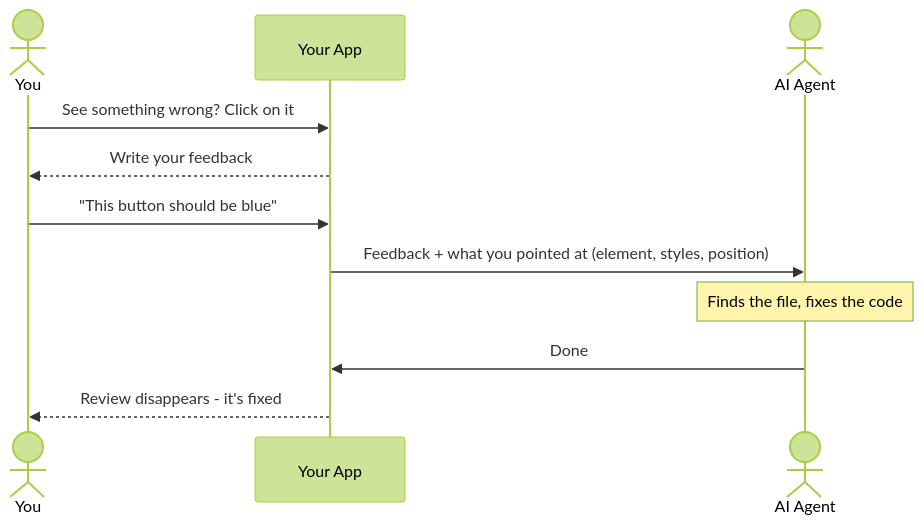
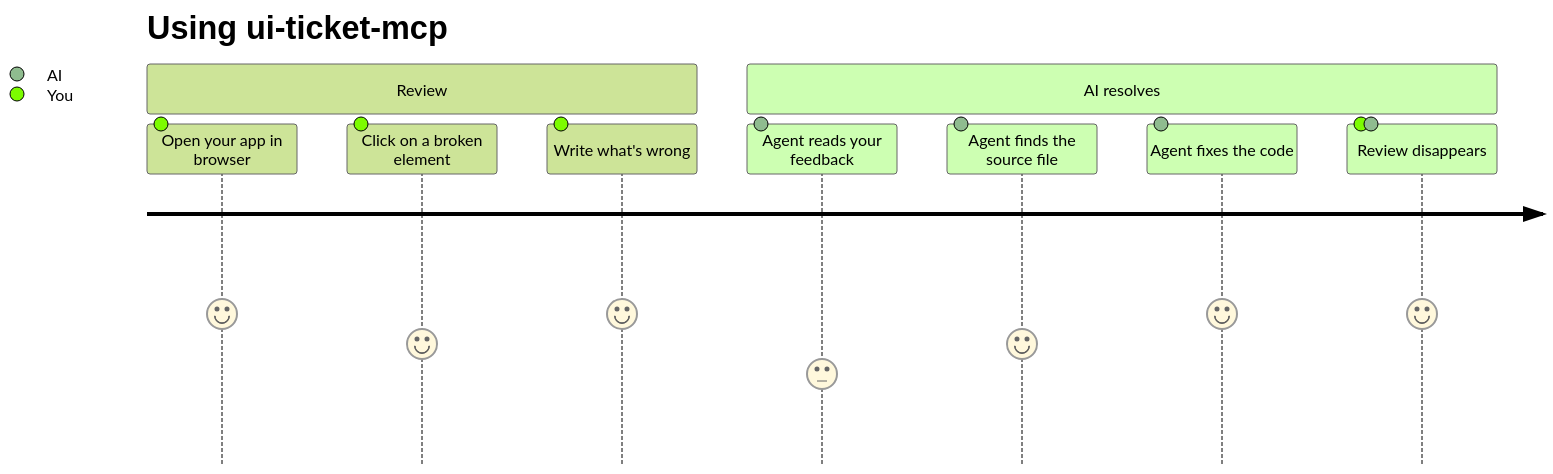
The first of 3 diagrams in README.md (0ics-srls/ui-ticket-mcp_public), drawn with Mermaid (forest theme) before and after one commit. The commit also changed other lines of this file, not shown here.

Commit message:
fix diagrams

````diff
--- a/README.md
+++ b/README.md
@@ -9,14 +9,13 @@
 ```mermaid
-sequenceDiagram
-    actor You
-    participant App as Your App
-    actor AI as AI Agent
-
-    You->>App: See something wrong? Click on it
-    App-->>You: Write your feedback
-    You->>App: "This button should be blue"
-    App->>AI: Feedback + what you pointed at (element, styles, position)
-    Note over AI: Finds the file, fixes the code
-    AI->>App: Done
-    App-->>You: Review disappears - it's fixed
+journey
+    title Using ui-ticket-mcp
+    section Review
+      Open your app in browser: 5: You
+      Click on a broken element: 4: You
+      Write what's wrong: 5: You
+    section AI resolves
+      Agent reads your feedback: 3: AI
+      Agent finds the source file: 4: AI
+      Agent fixes the code: 5: AI
+      Review disappears: 5: You, AI
 ```
````
